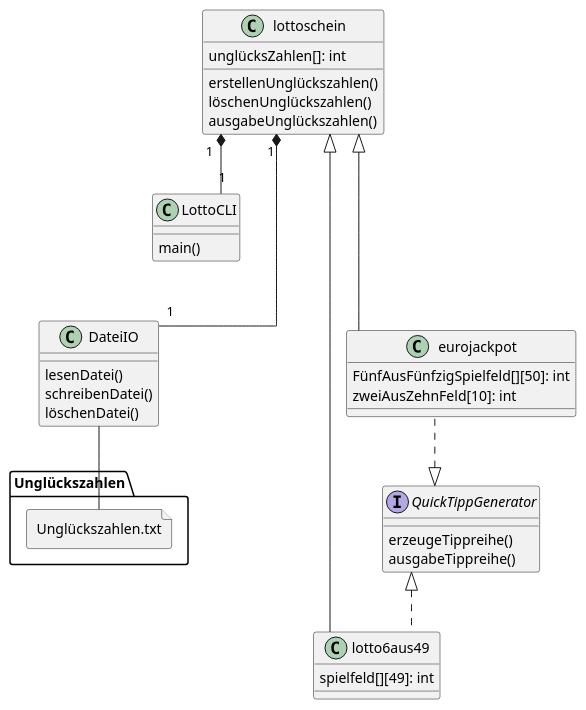
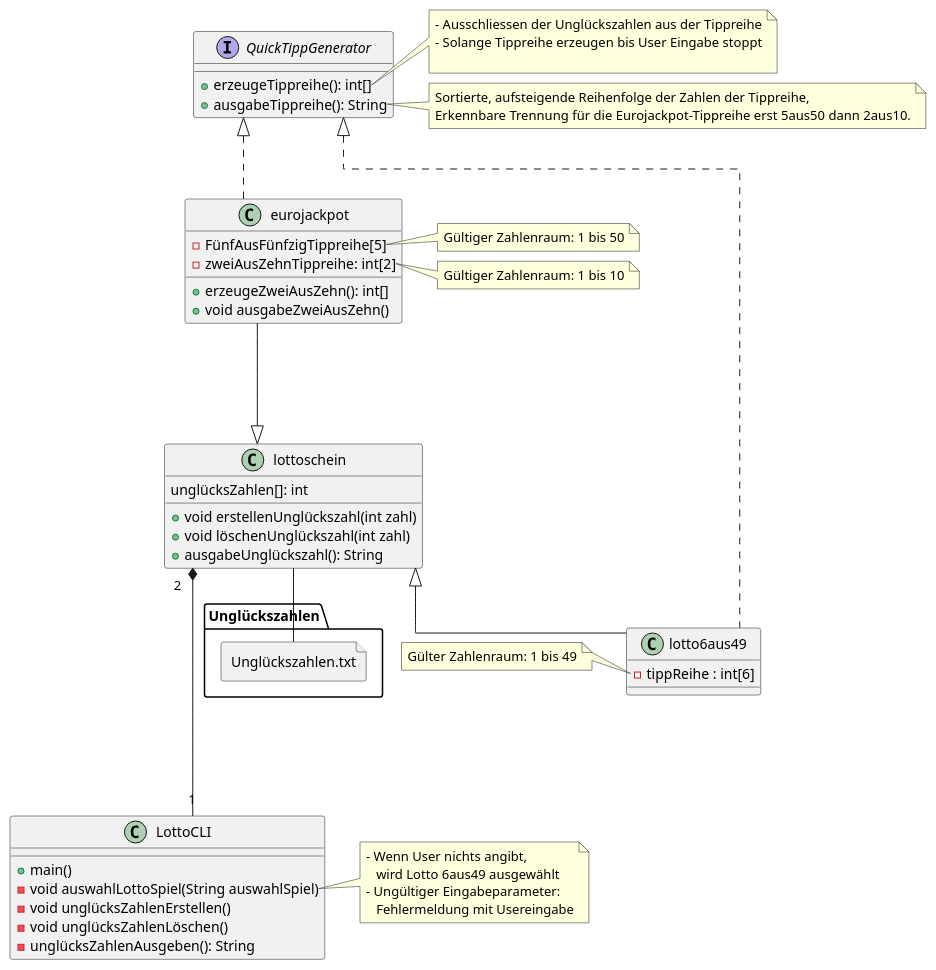
The diagram in lotto_class_diagram.puml (akhalife/lotto), drawn with PlantUML before and after one commit. The commit also changed 7 other files, not shown here.

```diff
--- a/lotto_class_diagram.puml
+++ b/lotto_class_diagram.puml
@@ -1,47 +1,82 @@
 @startuml
 allowmixing
 skinparam linetype ortho
 
-class DateiIO {
-    lesenDatei()
-    schreibenDatei()
-    löschenDatei()
-}
-
 class LottoCLI {
-   main()
+   + main()
+   - void auswahlLottoSpiel(String auswahlSpiel)
+   - void unglücksZahlenErstellen()
+   - void unglücksZahlenLöschen()
+   - unglücksZahlenAusgeben(): String
 }
 
 class lottoschein{
     unglücksZahlen[]: int
 
-    erstellenUnglückszahlen()
-    löschenUnglückszahlen()
-    ausgabeUnglückszahlen()
+    + void erstellenUnglückszahl(int zahl)
+    + void löschenUnglückszahl(int zahl)
+    + ausgabeUnglückszahl(): String
 }
 
 class lotto6aus49 extends lottoschein implements QuickTippGenerator{
-    'man kann max 12 spielfelder erzeugen
-    spielfeld[][49]: int
+    - tippReihe : int[6]
 }
 
 class eurojackpot extends lottoschein implements QuickTippGenerator{
-    'man kann max 12 spielfelder erzeugen
-    FünfAusFünfzigSpielfeld[][50]: int
-    zweiAusZehnFeld[10]: int
+    - FünfAusFünfzigTippreihe[5]
+    - zweiAusZehnTippreihe: int[2]
+    + erzeugeZweiAusZehn(): int[]
+    + void ausgabeZweiAusZehn()
     }
 
-
 interface QuickTippGenerator{
-    erzeugeTippreihe()
-    ausgabeTippreihe()
+    + erzeugeTippreihe(): int[]
+    + ausgabeTippreihe(): String
 }
 
 file "Unglückszahlen.txt"
 
+note right of QuickTippGenerator::erzeugeTippreihe
+- Ausschliessen der Unglückszahlen aus der Tippreihe
+- Solange Tippreihe erzeugen bis User Eingabe stoppt
+
+end note
+
+note right of QuickTippGenerator::ausgabeTippreihe
+    Sortierte, aufsteigende Reihenfolge der Zahlen der Tippreihe,
+    Erkennbare Trennung für die Eurojackpot-Tippreihe erst 5aus50 dann 2aus10.
+end note
+
+note right of LottoCLI::auswahlLottoSpiel
+- Wenn User nichts angibt,
+   wird Lotto 6aus49 ausgewählt
+- Ungültiger Eingabeparameter:
+   Fehlermeldung mit Usereingabe
+end note
+
+note left of lottoschein::erstellenUnglückszahlen
+- Gültiger Zahlenraum: 1 bis 50
+- Fehlermeldung bei Angabe einer Zahl
+   außerhalb des gültigen Zahlenraums:
+   Ausgabe des gültigen Zahlenraums
+end note
+
+note left of lotto6aus49::tippReihe
+Gülter Zahlenraum: 1 bis 49
+end note
+
+note left of eurojackpot::FünfAusFünfzigTippreihe
+Gültiger Zahlenraum: 1 bis 50
+end note
+
+note left of eurojackpot::zweiAusZehnTippreihe
+Gültiger Zahlenraum: 1 bis 10
+end note
+
 eurojackpot -[hidden]-> QuickTippGenerator
 eurojackpot -[hidden]--> lottoschein
-lottoschein "1" *-- "1" LottoCLI
-lottoschein "1" *--- "1" DateiIO
-DateiIO -- "Unglückszahlen.txt"
+lottoschein "2" *---- "1" LottoCLI
+lottoschein -- "Unglückszahlen.txt"
+
+lottoschein -[hidden]- lotto6aus49
 @enduml
```
